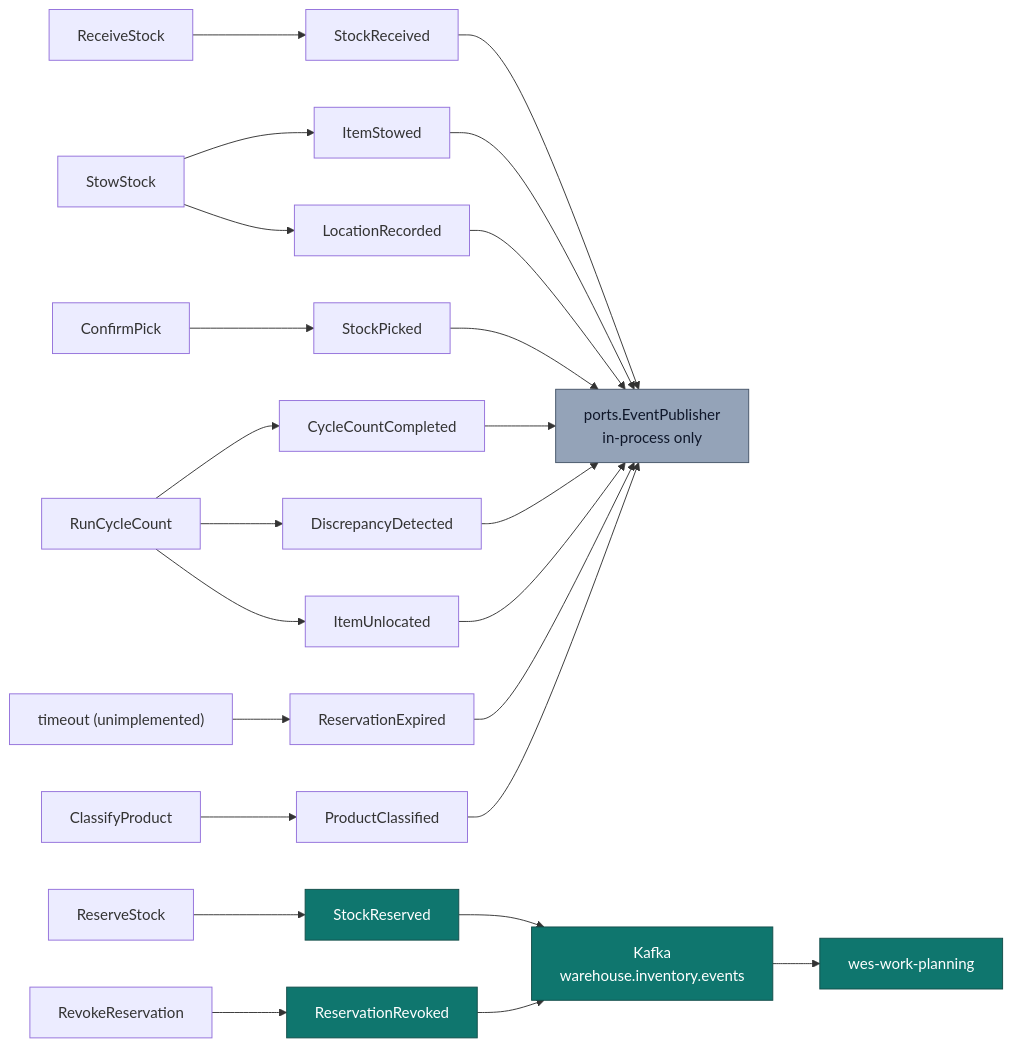
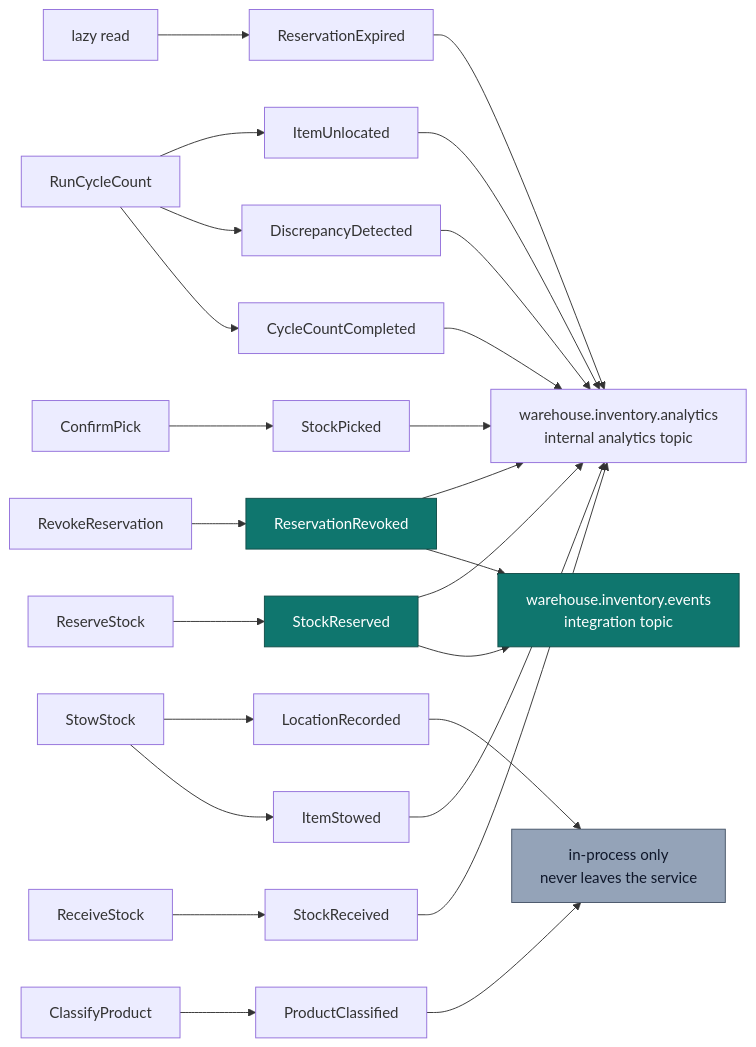
Before and after one commit to IQVO/warehouse-docs: the diagram in docs/contexts/inventory-storage/domain-events.md, drawn with Mermaid. The commit also changed other lines of this file and 717 other files, not shown here.

````diff
--- a/docs/contexts/inventory-storage/domain-events.md
+++ b/docs/contexts/inventory-storage/domain-events.md
@@ -55,23 +49,23 @@
 ```mermaid
 flowchart LR
   RS["ReceiveStock"] --> E1["StockReceived"]
   SS["StowStock"] --> E2["ItemStowed"]
   SS --> E3["LocationRecorded"]
   RES["ReserveStock"] --> E4["StockReserved"]
   REV["RevokeReservation"] --> E5["ReservationRevoked"]
   CP["ConfirmPick"] --> E6["StockPicked"]
   CC["RunCycleCount"] --> E7["CycleCountCompleted"]
   CC --> E8["DiscrepancyDetected"]
   CC --> E9["ItemUnlocated"]
-  EXP["timeout (unimplemented)"] --> E10["ReservationExpired"]
+  EXP["lazy read"] --> E10["ReservationExpired"]
   CLS["ClassifyProduct"] --> E11["ProductClassified"]
 
-  E1 & E2 & E3 & E6 & E7 & E8 & E9 & E10 & E11 --> LOG["ports.EventPublisher<br/>in-process only"]
-  E4 & E5 --> KAF["Kafka<br/>warehouse.inventory.events"]
-  KAF --> WP["wes-work-planning"]
+  E4 & E5 --> KAF["warehouse.inventory.events<br/>integration topic"]
+  E1 & E2 & E4 & E5 & E6 & E7 & E8 & E9 & E10 --> ANA["warehouse.inventory.analytics<br/>internal analytics topic"]
+  E3 & E11 --> LOG["in-process only<br/>never leaves the service"]
 
   classDef wired fill:#0f766e,stroke:#134e4a,color:#fff;
   classDef local fill:#94a3b8,stroke:#475569,color:#0f172a;
-  class E4,E5,KAF,WP wired;
+  class E4,E5,KAF wired;
   class LOG local;
 ```
````
